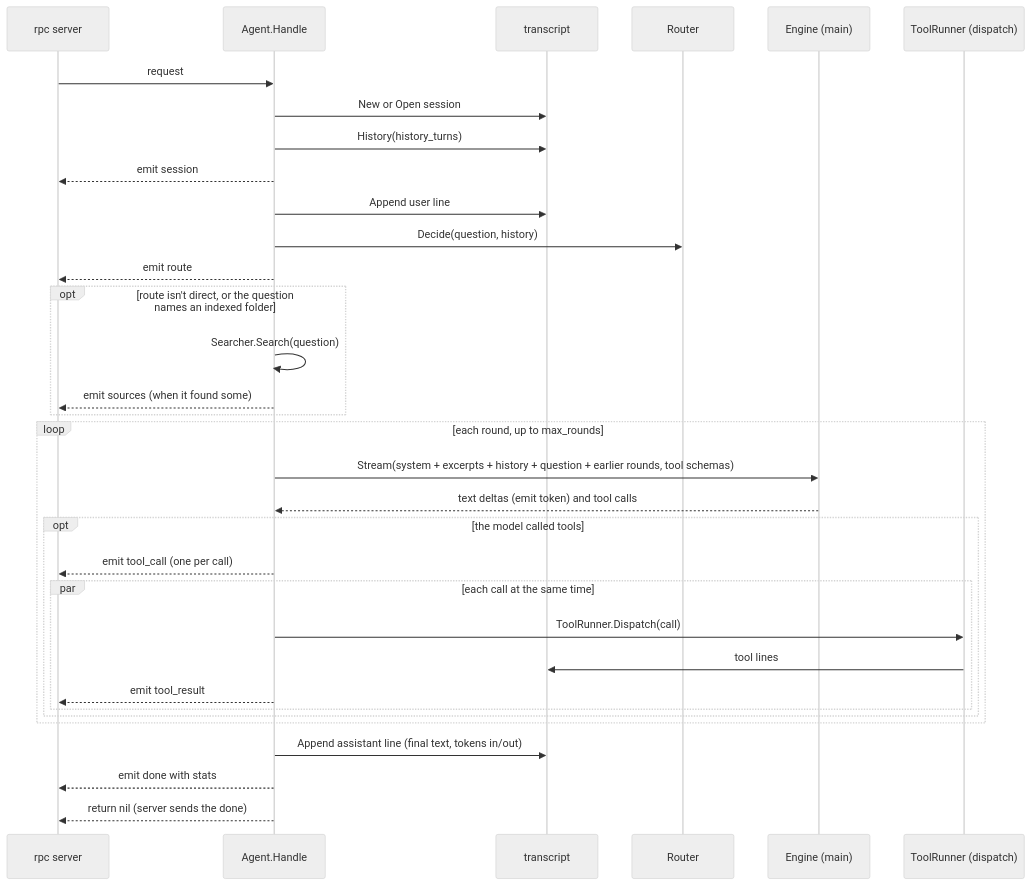
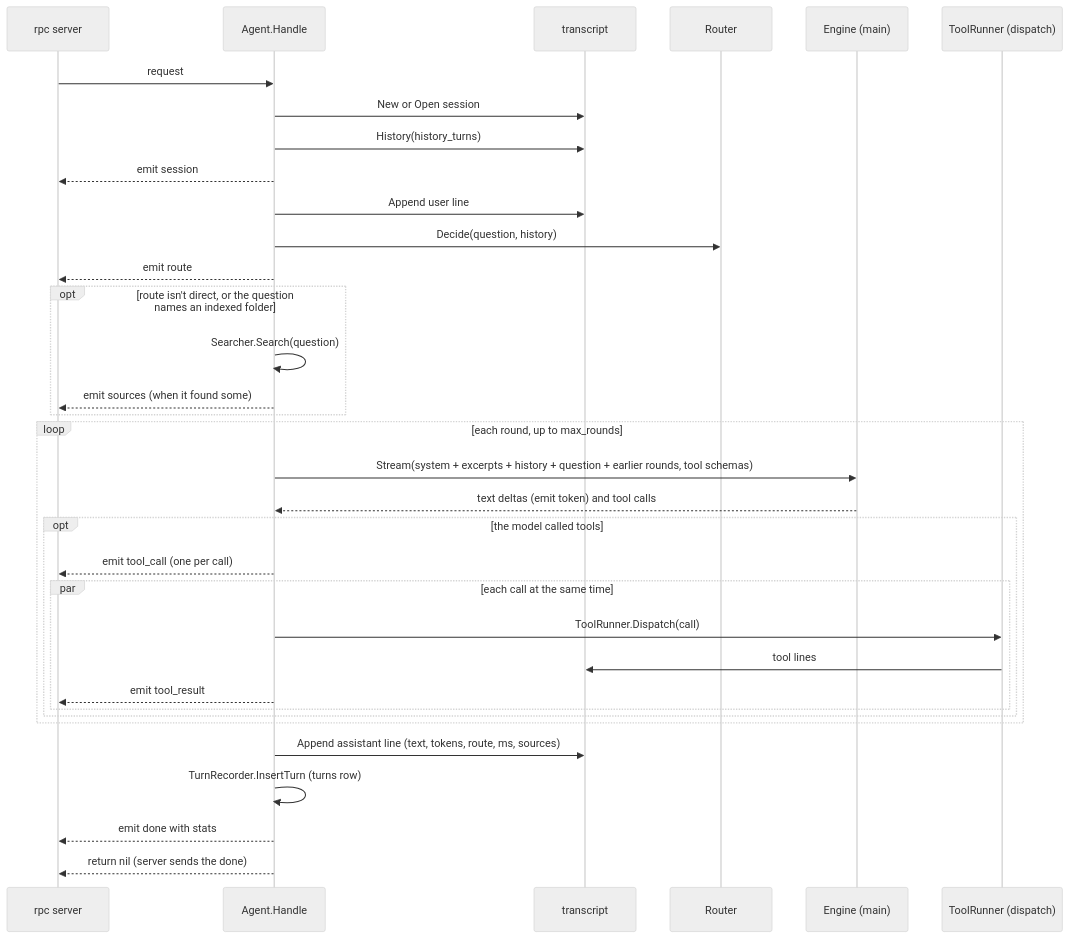
One commit to aarora79/meru changed the diagram in docs/coding-notes/agent.md. Above: the diagram before and after it, drawn with Mermaid (neutral theme). The commit also changed other lines of this file and 26 other files, not shown here.

````diff
--- a/docs/coding-notes/agent.md
+++ b/docs/coding-notes/agent.md
@@ -30,35 +30,36 @@
 ```mermaid
 sequenceDiagram
     participant S as rpc server
     participant A as Agent.Handle
     participant T as transcript
     participant R as Router
     participant E as Engine (main)
     participant D as ToolRunner (dispatch)
     S->>A: request
     A->>T: New or Open session
     A->>T: History(history_turns)
     A-->>S: emit session
     A->>T: Append user line
     A->>R: Decide(question, history)
     A-->>S: emit route
     opt route isn't direct, or the question names an indexed folder
         A->>A: Searcher.Search(question)
         A-->>S: emit sources (when it found some)
     end
     loop each round, up to max_rounds
         A->>E: Stream(system + excerpts + history + question + earlier rounds, tool schemas)
         E-->>A: text deltas (emit token) and tool calls
         opt the model called tools
             A-->>S: emit tool_call (one per call)
             par each call at the same time
                 A->>D: ToolRunner.Dispatch(call)
                 D->>T: tool lines
                 A-->>S: emit tool_result
             end
         end
     end
-    A->>T: Append assistant line (final text, tokens in/out)
+    A->>T: Append assistant line (text, tokens, route, ms, sources)
+    A->>A: TurnRecorder.InsertTurn (turns row)
     A-->>S: emit done with stats
     A-->>S: return nil (server sends the done)
 ```
````
